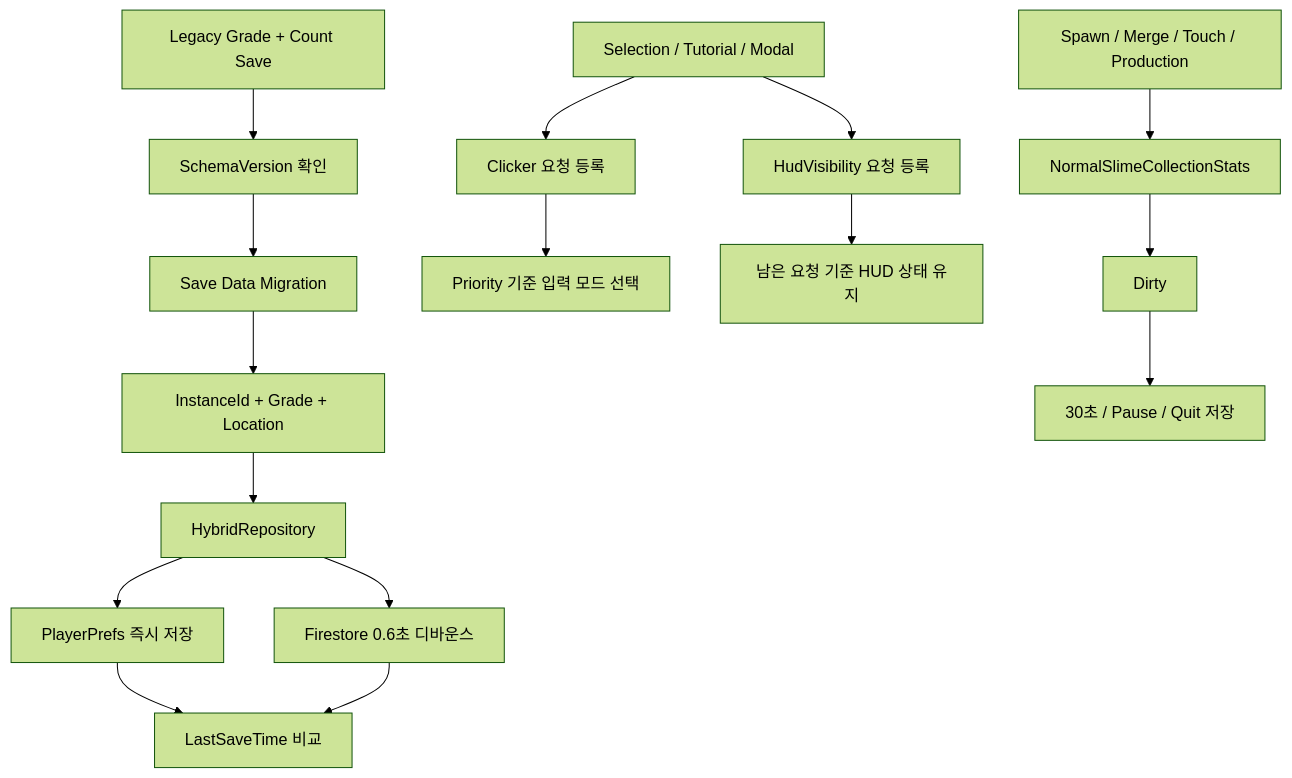
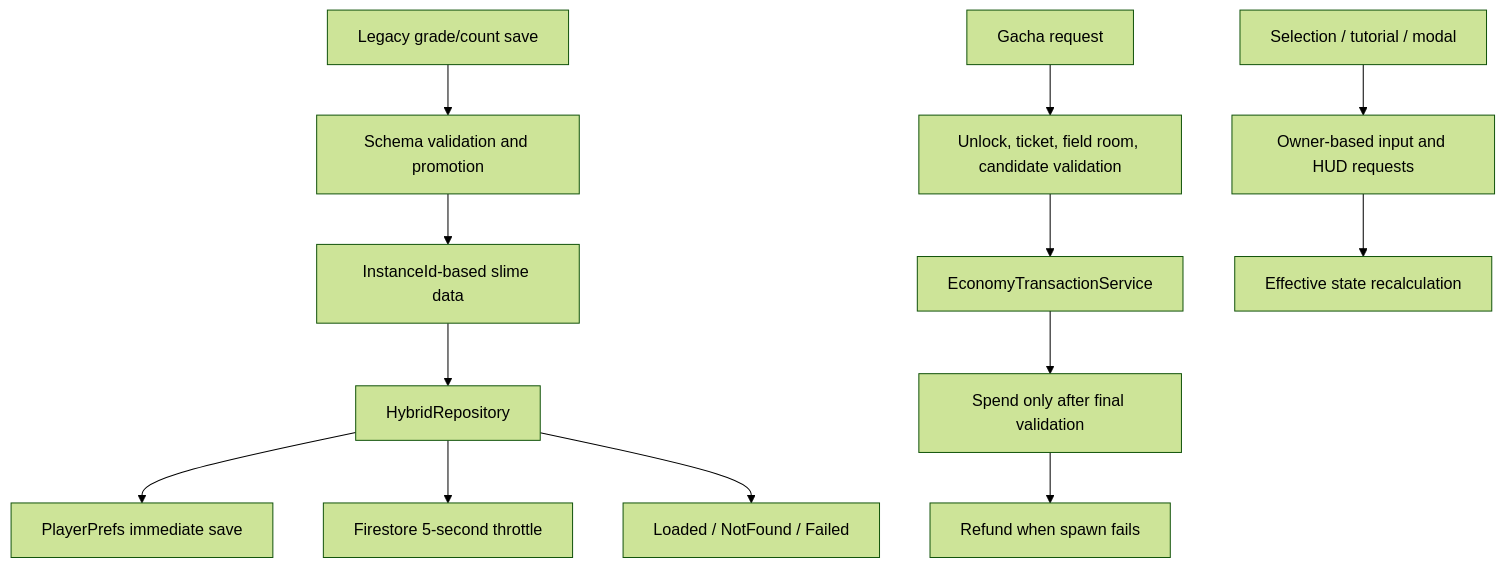
Before and after one commit to jjh770/Unity-Portfolio-Code: the diagram in MonsterKindergarten/README.md, drawn with Mermaid (forest theme). The commit also changed other lines of this file and 23 other files, not shown here.

````diff
--- a/MonsterKindergarten/README.md
+++ b/MonsterKindergarten/README.md
@@ -26,22 +26,18 @@
 ```mermaid
 flowchart TD
-    A[Legacy Grade + Count Save] --> B[SchemaVersion 확인]
-    B --> C[Save Data Migration]
-    C --> D[InstanceId + Grade + Location]
+    A[Legacy grade/count save] --> B[Schema validation and promotion]
+    B --> C[InstanceId-based slime data]
 
-    D --> E[HybridRepository]
-    E --> F[PlayerPrefs 즉시 저장]
-    E --> G[Firestore 0.6초 디바운스]
-    F --> H[LastSaveTime 비교]
-    G --> H
+    C --> D[HybridRepository]
+    D --> E[PlayerPrefs immediate save]
+    D --> F[Firestore 5-second throttle]
+    D --> G[Loaded / NotFound / Failed]
 
-    I[Selection / Tutorial / Modal] --> J[Clicker 요청 등록]
-    J --> K[Priority 기준 입력 모드 선택]
+    H[Gacha request] --> I[Unlock, ticket, field room, candidate validation]
+    I --> J[EconomyTransactionService]
+    J --> K[Spend only after final validation]
+    K --> L[Refund when spawn fails]
 
-    I --> L[HudVisibility 요청 등록]
-    L --> M[남은 요청 기준 HUD 상태 유지]
-
-    N[Spawn / Merge / Touch / Production] --> O[NormalSlimeCollectionStats]
-    O --> P[Dirty]
-    P --> Q[30초 / Pause / Quit 저장]
+    M[Selection / tutorial / modal] --> N[Owner-based input and HUD requests]
+    N --> O[Effective state recalculation]
 ```
````
